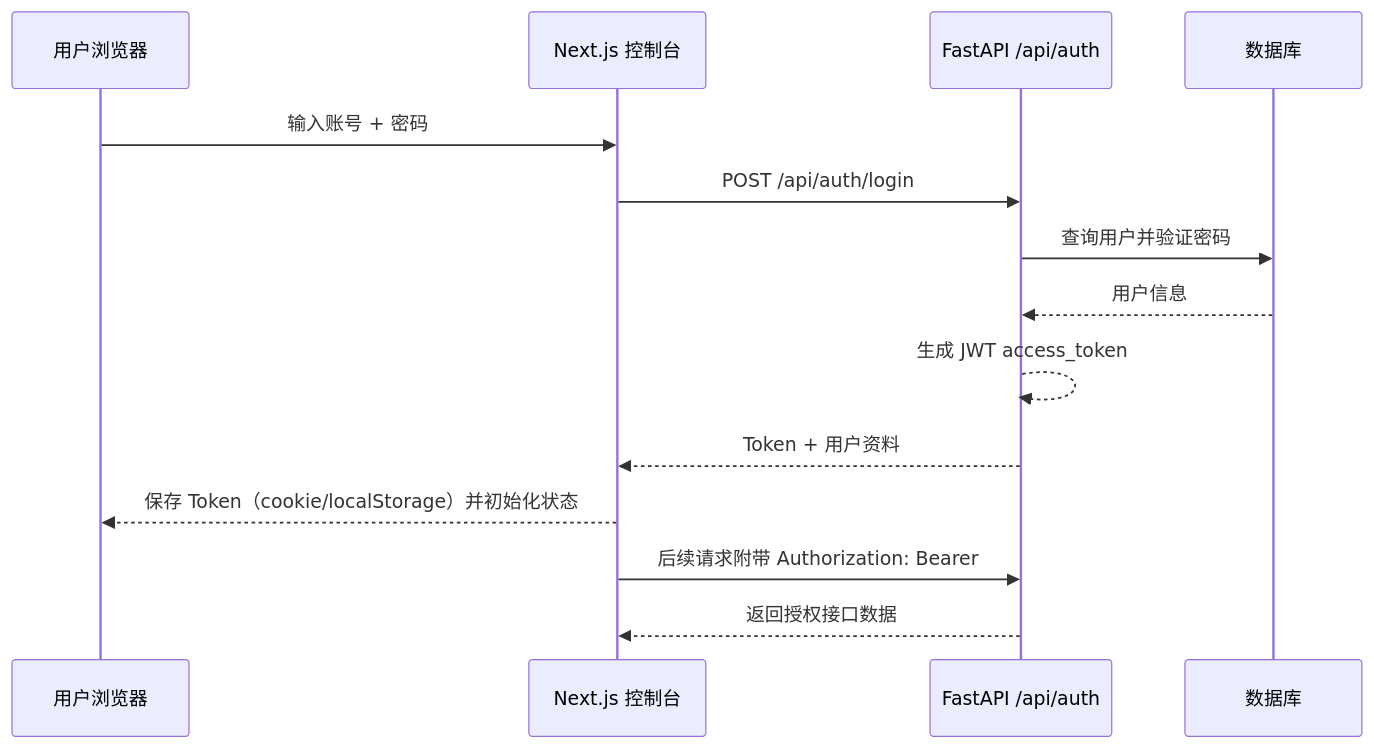
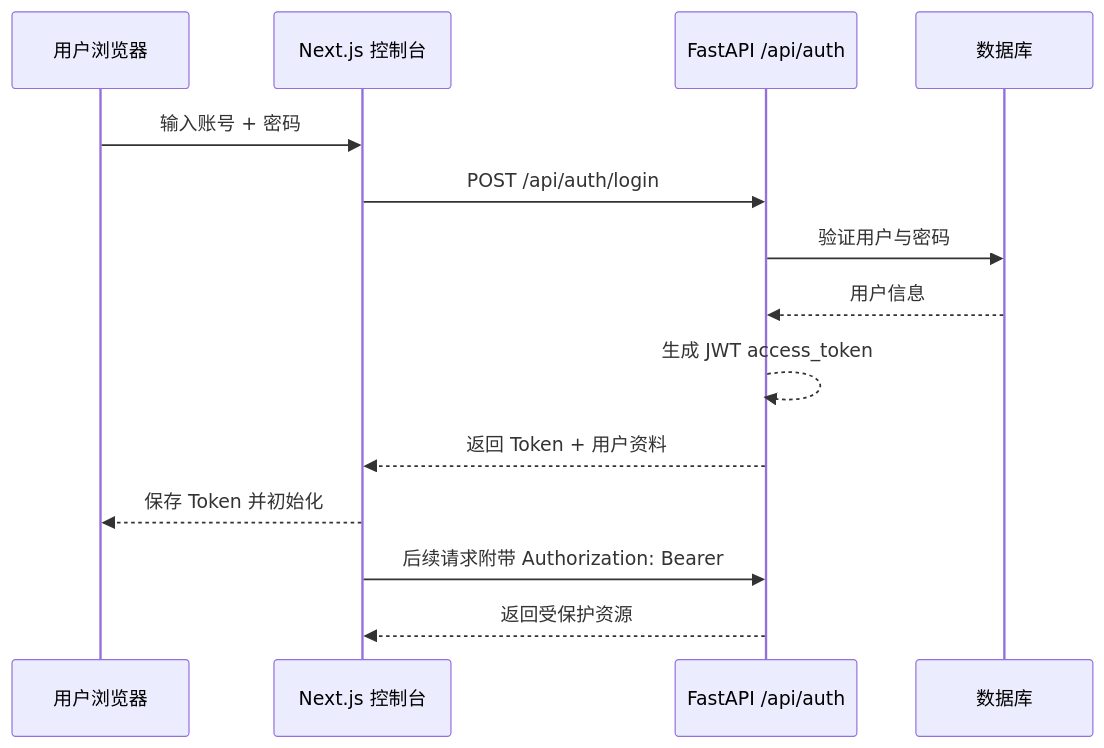
The second of 5 diagrams in README.md (pscly/allyend), drawn with Mermaid before and after one commit. The commit also changed other lines of this file and 5 other files, not shown here.

````diff
--- a/README.md
+++ b/README.md
@@ -111,17 +113,17 @@
 ```mermaid
 sequenceDiagram
     participant U as 用户浏览器
     participant FE as Next.js 控制台
     participant BE as FastAPI /api/auth
     participant DB as 数据库
 
     U->>FE: 输入账号 + 密码
     FE->>BE: POST /api/auth/login
-    BE->>DB: 查询用户并验证密码
+    BE->>DB: 验证用户与密码
     DB-->>BE: 用户信息
     BE-->>BE: 生成 JWT access_token
-    BE-->>FE: Token + 用户资料
-    FE-->>U: 保存 Token（cookie/localStorage）并初始化状态
+    BE-->>FE: 返回 Token + 用户资料
+    FE-->>U: 保存 Token 并初始化
     FE->>BE: 后续请求附带 Authorization: Bearer
-    BE-->>FE: 返回授权接口数据
+    BE-->>FE: 返回受保护资源
 ```
````
